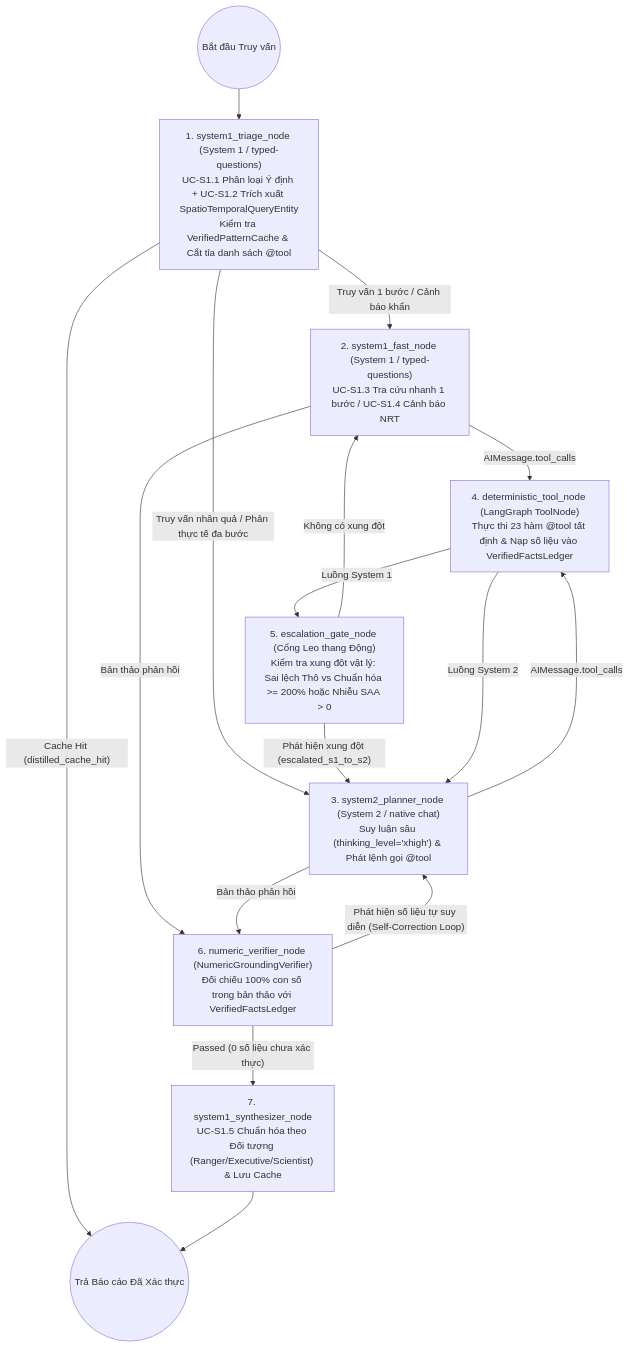
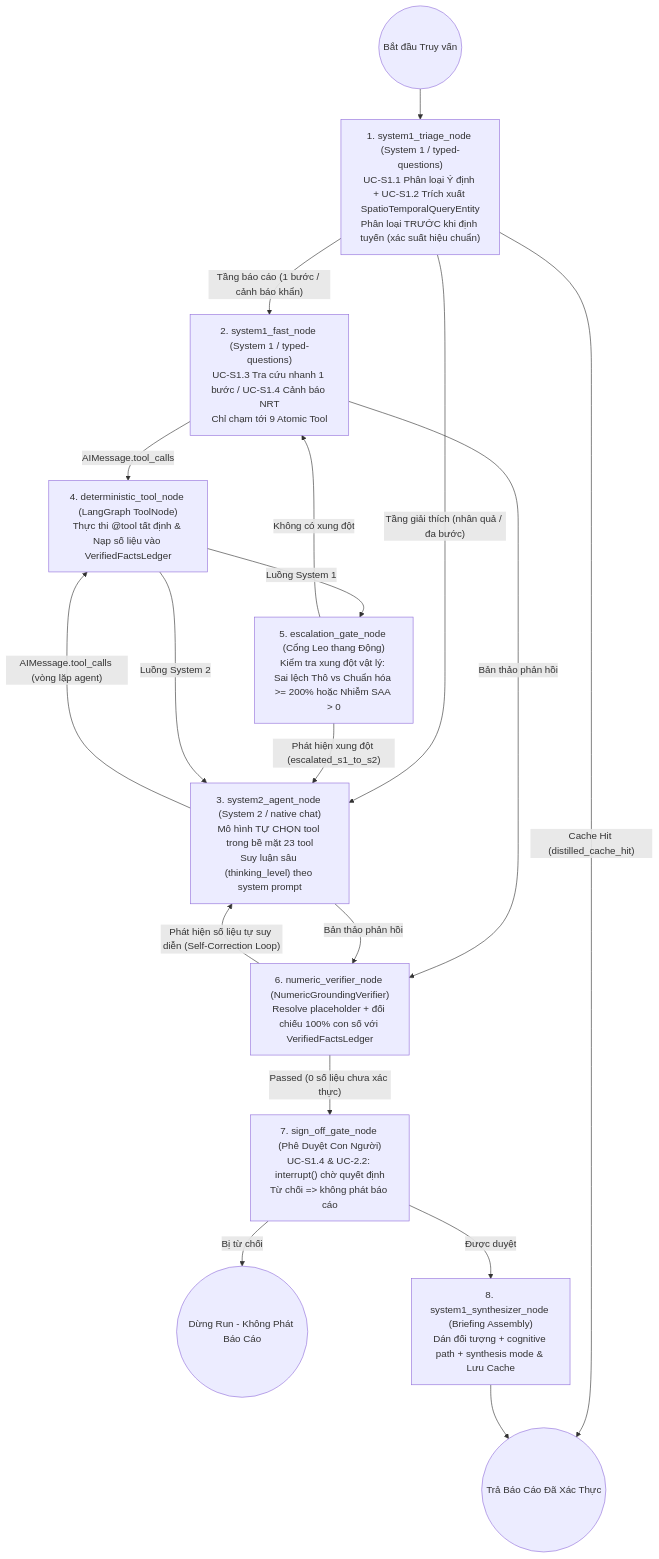
The third of 3 diagrams in exports/REPORT.md (the-aris-club/flare-chronos), drawn with Mermaid before and after one commit. The commit also changed other lines of this file and 22 other files, not shown here.

````diff
--- a/exports/REPORT.md
+++ b/exports/REPORT.md
@@ -415,22 +424,24 @@
 ```mermaid
 flowchart TB
-    START((Bắt đầu Truy vấn)) --> S1_TRIAGE["1. system1_triage_node (System 1 / typed-questions)<br/>UC-S1.1 Phân loại Ý định + UC-S1.2 Trích xuất SpatioTemporalQueryEntity<br/>Kiểm tra VerifiedPatternCache & Cắt tỉa danh sách @tool"]
-    S1_TRIAGE -->|"Cache Hit (distilled_cache_hit)"| END_NODE((Trả Báo cáo Đã Xác thực))
-    S1_TRIAGE -->|"Truy vấn 1 bước / Cảnh báo khẩn"| S1_FAST["2. system1_fast_node (System 1 / typed-questions)<br/>UC-S1.3 Tra cứu nhanh 1 bước / UC-S1.4 Cảnh báo NRT"]
-    S1_TRIAGE -->|"Truy vấn nhân quả / Phản thực tế đa bước"| S2_PLAN["3. system2_planner_node (System 2 / native chat)<br/>Suy luận sâu (thinking_level='xhigh') & Phát lệnh gọi @tool"]
+    START((Bắt đầu Truy vấn)) --> S1_TRIAGE["1. system1_triage_node (System 1 / typed-questions)<br/>UC-S1.1 Phân loại Ý định + UC-S1.2 Trích xuất SpatioTemporalQueryEntity<br/>Phân loại TRƯỚC khi định tuyến (xác suất hiệu chuẩn)"]
+    S1_TRIAGE -->|"Cache Hit (distilled_cache_hit)"| END_NODE((Trả Báo Cáo Đã Xác Thực))
+    S1_TRIAGE -->|"Tầng báo cáo (1 bước / cảnh báo khẩn)"| S1_FAST["2. system1_fast_node (System 1 / typed-questions)<br/>UC-S1.3 Tra cứu nhanh 1 bước / UC-S1.4 Cảnh báo NRT<br/>Chỉ chạm tới 9 Atomic Tool"]
+    S1_TRIAGE -->|"Tầng giải thích (nhân quả / đa bước)"| S2_PLAN["3. system2_agent_node (System 2 / native chat)<br/>Mô hình TỰ CHỌN tool trong bề mặt 23 tool<br/>Suy luận sâu (thinking_level) theo system prompt"]
 
-    S1_FAST -->|"AIMessage.tool_calls"| TOOL_NODE["4. deterministic_tool_node (LangGraph ToolNode)<br/>Thực thi 23 hàm @tool tất định & Nạp số liệu vào VerifiedFactsLedger"]
-    S2_PLAN -->|"AIMessage.tool_calls"| TOOL_NODE
+    S1_FAST -->|"AIMessage.tool_calls"| TOOL_NODE["4. deterministic_tool_node (LangGraph ToolNode)<br/>Thực thi @tool tất định & Nạp số liệu vào VerifiedFactsLedger"]
+    S2_PLAN -->|"AIMessage.tool_calls (vòng lặp agent)"| TOOL_NODE
 
-    TOOL_NODE -->|"Luồng System 1"| ESC_GATE["5. escalation_gate_node (Cổng Leo thang Động)<br/>Kiểm tra xung đột vật lý: Sai lệch Thô vs Chuẩn hóa >= 200% hoặc Nhiễu SAA > 0"]
+    TOOL_NODE -->|"Luồng System 1"| ESC_GATE["5. escalation_gate_node (Cổng Leo thang Động)<br/>Kiểm tra xung đột vật lý: Sai lệch Thô vs Chuẩn hóa >= 200% hoặc Nhiễm SAA > 0"]
     ESC_GATE -->|"Phát hiện xung đột (escalated_s1_to_s2)"| S2_PLAN
     ESC_GATE -->|"Không có xung đột"| S1_FAST
     TOOL_NODE -->|"Luồng System 2"| S2_PLAN
 
-    S1_FAST -->|"Bản thảo phản hồi"| VERIFIER["6. numeric_verifier_node (NumericGroundingVerifier)<br/>Đối chiếu 100% con số trong bản thảo với VerifiedFactsLedger"]
+    S1_FAST -->|"Bản thảo phản hồi"| VERIFIER["6. numeric_verifier_node (NumericGroundingVerifier)<br/>Resolve placeholder + đối chiếu 100% con số với VerifiedFactsLedger"]
     S2_PLAN -->|"Bản thảo phản hồi"| VERIFIER
 
     VERIFIER -->|"Phát hiện số liệu tự suy diễn (Self-Correction Loop)"| S2_PLAN
-    VERIFIER -->|"Passed (0 số liệu chưa xác thực)"| S1_SYNTH["7. system1_synthesizer_node<br/>UC-S1.5 Chuẩn hóa theo Đối tượng (Ranger/Executive/Scientist) & Lưu Cache"]
+    VERIFIER -->|"Passed (0 số liệu chưa xác thực)"| SIGN_GATE["7. sign_off_gate_node (Phê Duyệt Con Người)<br/>UC-S1.4 & UC-2.2: interrupt() chờ quyết định<br/>Từ chối => không phát báo cáo"]
+    SIGN_GATE -->|"Bị từ chối"| END_DECLINED((Dừng Run - Không Phát Báo Cáo))
+    SIGN_GATE -->|"Được duyệt"| S1_SYNTH["8. system1_synthesizer_node (Briefing Assembly)<br/>Dán đối tượng + cognitive path + synthesis mode & Lưu Cache"]
     S1_SYNTH --> END_NODE
 ```
````
